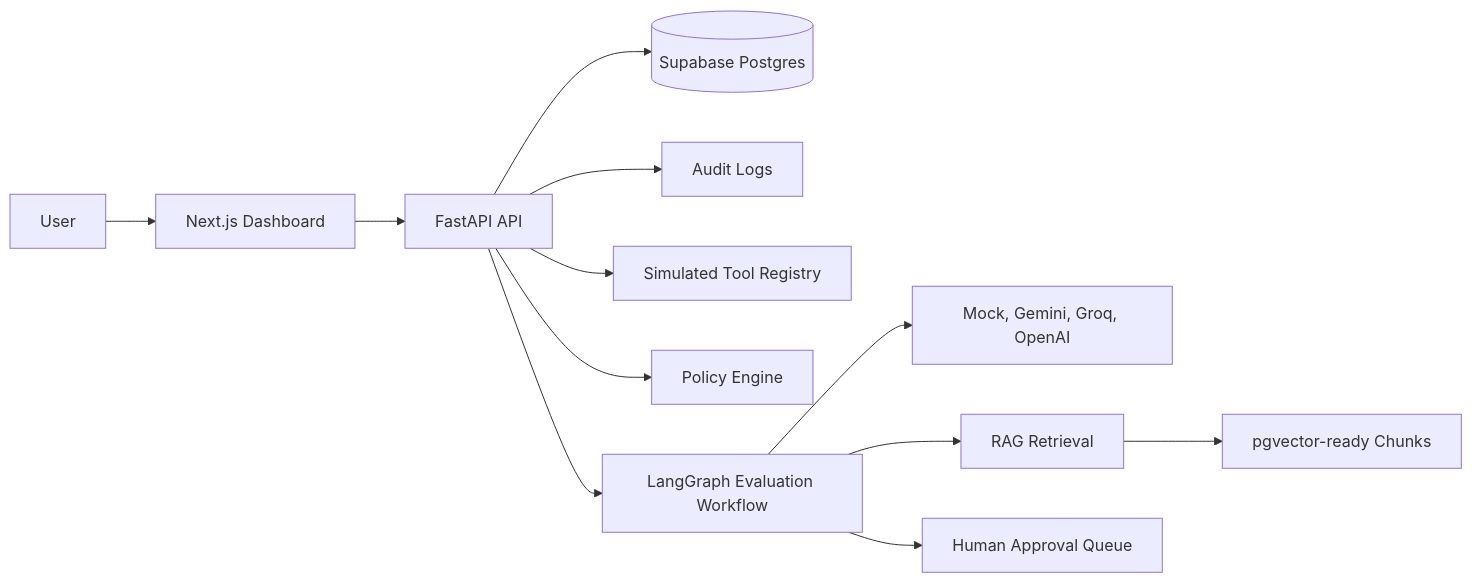
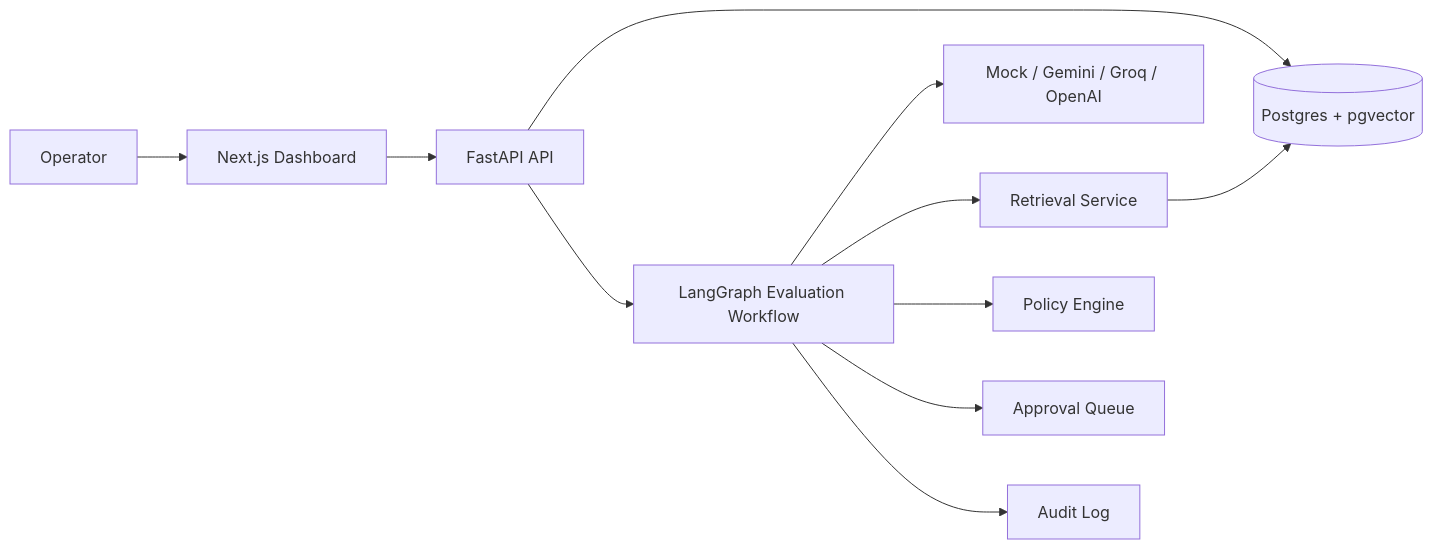
The diagram in README.md (gauravpsingh07/agent-canary), drawn with Mermaid before and after one commit. The commit also changed other lines of this file and 1 other file, not shown here.

````diff
--- a/README.md
+++ b/README.md
@@ -50,14 +25,13 @@
 ```mermaid
 flowchart LR
-    User[User] --> Frontend[Next.js Dashboard]
+    User[Operator] --> Frontend[Next.js Dashboard]
     Frontend --> API[FastAPI API]
-    API --> DB[(Supabase Postgres)]
-    API --> Audit[Audit Logs]
-    API --> Tools[Simulated Tool Registry]
-    API --> Policy[Policy Engine]
+    API --> DB[(Postgres + pgvector)]
     API --> Eval[LangGraph Evaluation Workflow]
-    Eval --> LLM[Mock, Gemini, Groq, OpenAI]
-    Eval --> RAG[RAG Retrieval]
-    RAG --> Vector[pgvector-ready Chunks]
-    Eval --> Review[Human Approval Queue]
+    Eval --> LLM[Mock / Gemini / Groq / OpenAI]
+    Eval --> RAG[Retrieval Service]
+    RAG --> DB
+    Eval --> Policy[Policy Engine]
+    Eval --> Review[Approval Queue]
+    Eval --> Audit[Audit Log]
 ```
````
